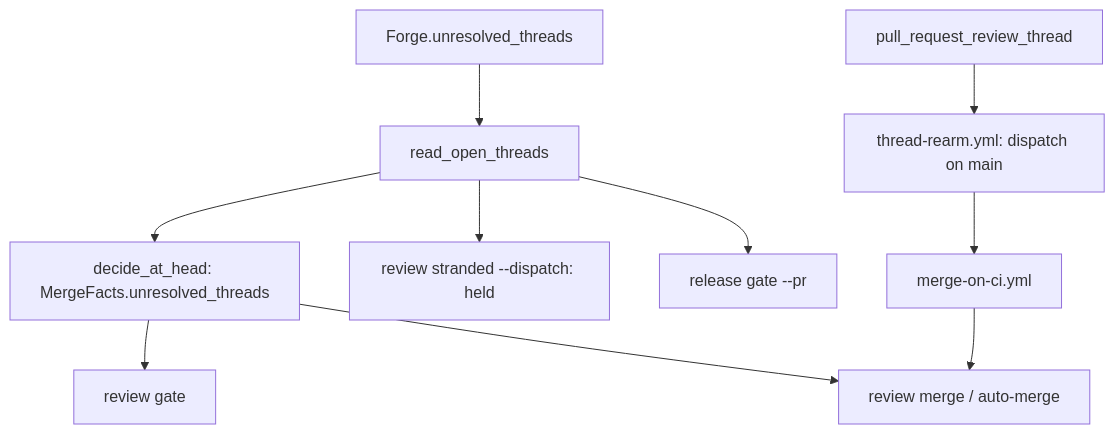
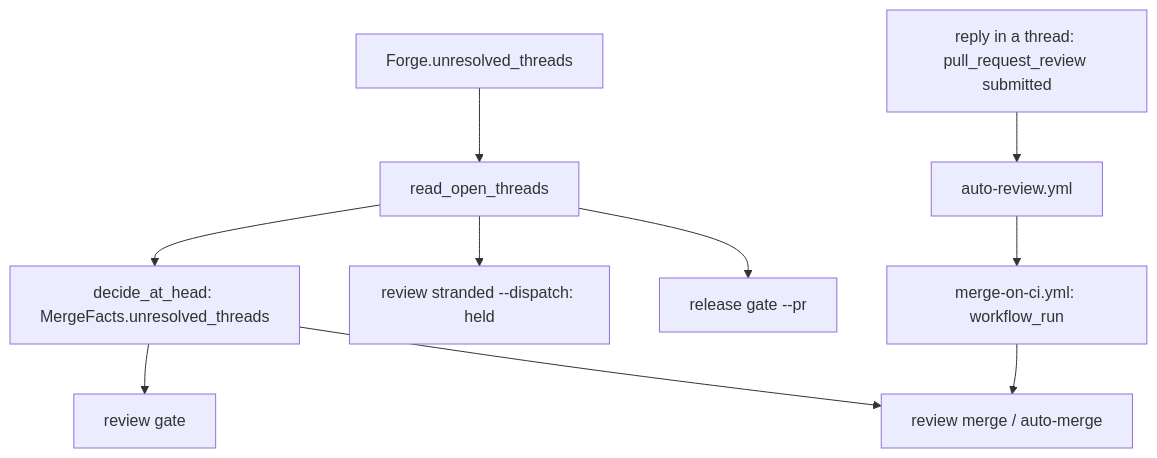
The diagram in docs/specs/2026-11-02_SP-OPEN-THREADS-BLOCK-THE-MERGE_an-open-review-thread-blocks-the-merge.md (repoachhq/repoach), drawn with Mermaid before and after one commit. The commit also changed other lines of this file and 2 other files, not shown here.

Commit message:
docs(review): name the reply as the thread re-arm path

````diff
--- a/docs/specs/2026-11-02_SP-OPEN-THREADS-BLOCK-THE-MERGE_an-open-review-thread-blocks-the-merge.md
+++ b/docs/specs/2026-11-02_SP-OPEN-THREADS-BLOCK-THE-MERGE_an-open-review-thread-blocks-the-merge.md
@@ -176,10 +183,10 @@
 ```mermaid
 flowchart TD
     F[Forge.unresolved_threads] --> R[read_open_threads]
     R --> D[decide_at_head: MergeFacts.unresolved_threads]
     D --> G[review gate]
     D --> M[review merge / auto-merge]
     R --> S[review stranded --dispatch: held]
     R --> L[release gate --pr]
-    T[pull_request_review_thread] --> X[thread-rearm.yml: dispatch on main] --> W[merge-on-ci.yml] --> M
+    T[reply in a thread: pull_request_review submitted] --> X[auto-review.yml] --> W[merge-on-ci.yml: workflow_run] --> M
 ```
````
